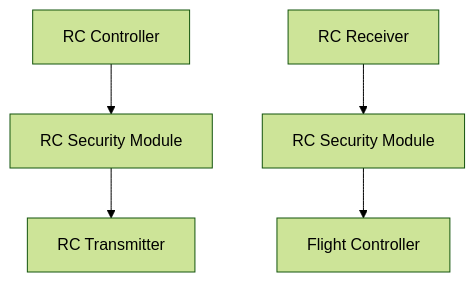
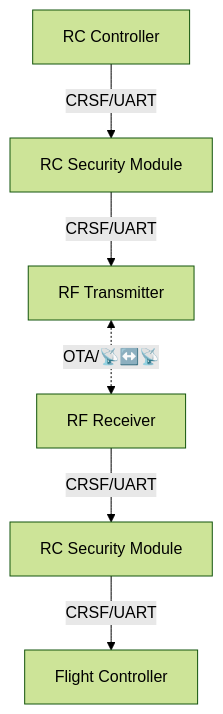
The diagram in README.md (donghee/rc-security-module), drawn with Mermaid (forest theme) before and after one commit. The commit also changed other lines of this file and 1 other file, not shown here.

````diff
--- a/README.md
+++ b/README.md
@@ -7,7 +7,9 @@
 ```mermaid
-graph TD;
-    A[RC Controller] --> B[RC Security Module]
-    B --> C[RC Transmitter]
-    D[RC Receiver] --> E[RC Security Module]
-    E --> F[Flight Controller]
+flowchart TD;
+    A[RC Controller] -- CRSF/UART --> B[RC Security Module]
+    B -- CRSF/UART --> C[RF Transmitter]
+    D[RF Receiver] -- CRSF/UART --> E[RC Security Module]
+    E -- CRSF/UART --> F[Flight Controller]
+
+    C[RF Transmitter] <-. OTA/📡↔️📡 .-> D[RF Receiver]
 ```
````
